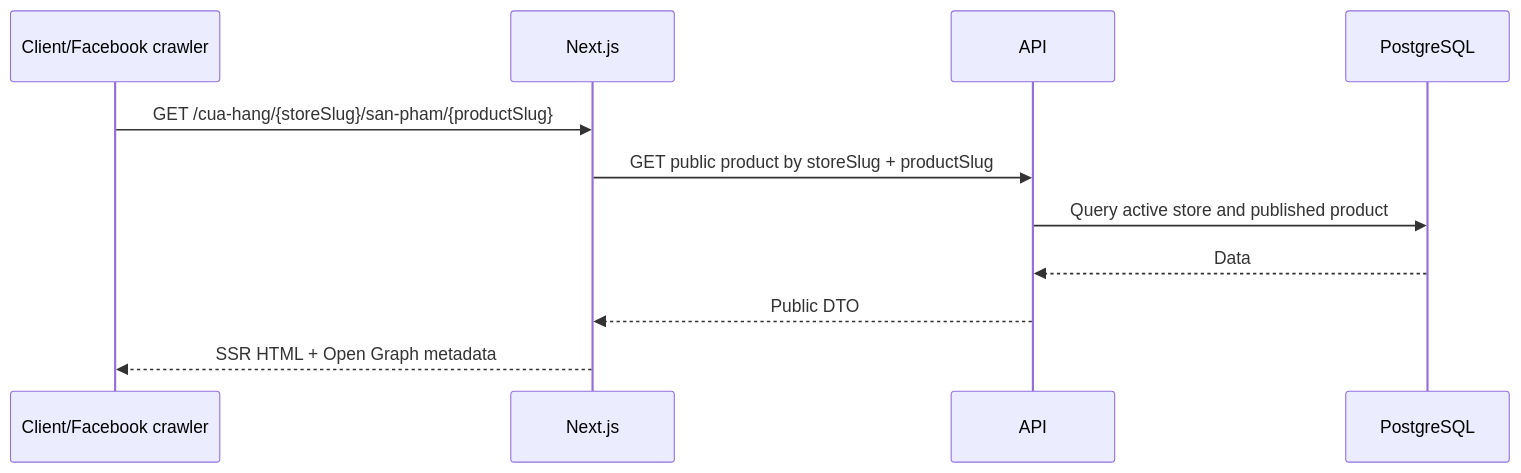
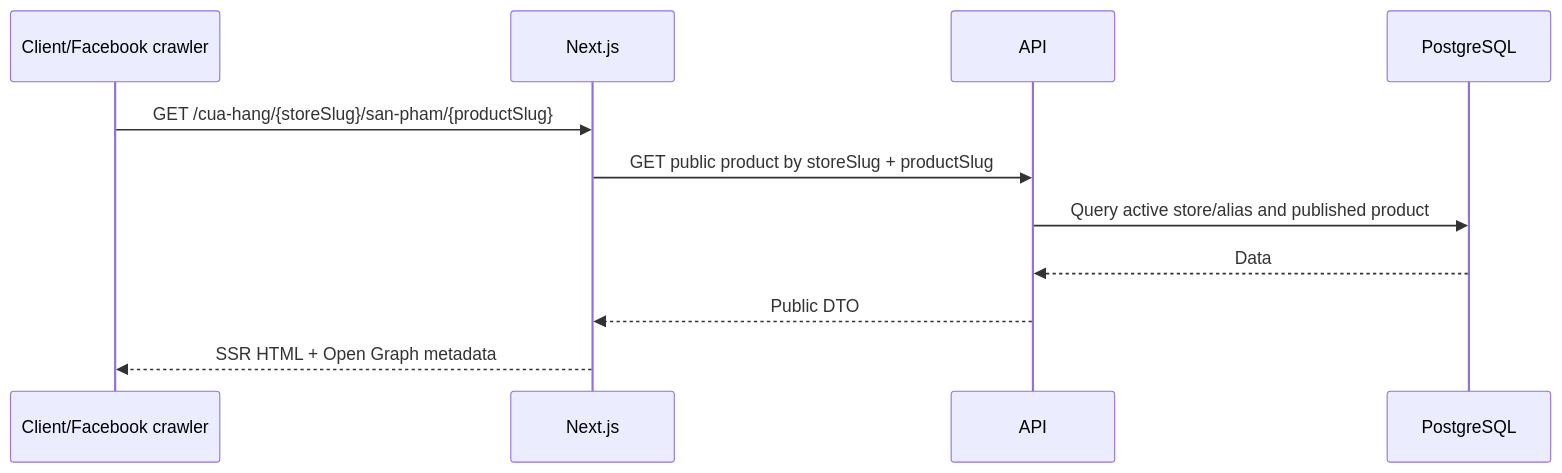
The fourth of 4 diagrams in docs/03-SYSTEM-ARCHITECTURE.md (nguyenhuy238/Home-Hub), drawn with Mermaid before and after one commit. The commit also changed other lines of this file and 21 other files, not shown here.

````diff
--- a/docs/03-SYSTEM-ARCHITECTURE.md
+++ b/docs/03-SYSTEM-ARCHITECTURE.md
@@ -91,14 +94,14 @@
 ```mermaid
 sequenceDiagram
     participant C as Client/Facebook crawler
     participant N as Next.js
     participant A as API
     participant D as PostgreSQL
 
     C->>N: GET /cua-hang/{storeSlug}/san-pham/{productSlug}
     N->>A: GET public product by storeSlug + productSlug
-    A->>D: Query active store and published product
+    A->>D: Query active store/alias and published product
     D-->>A: Data
     A-->>N: Public DTO
     N-->>C: SSR HTML + Open Graph metadata
 ```
````
